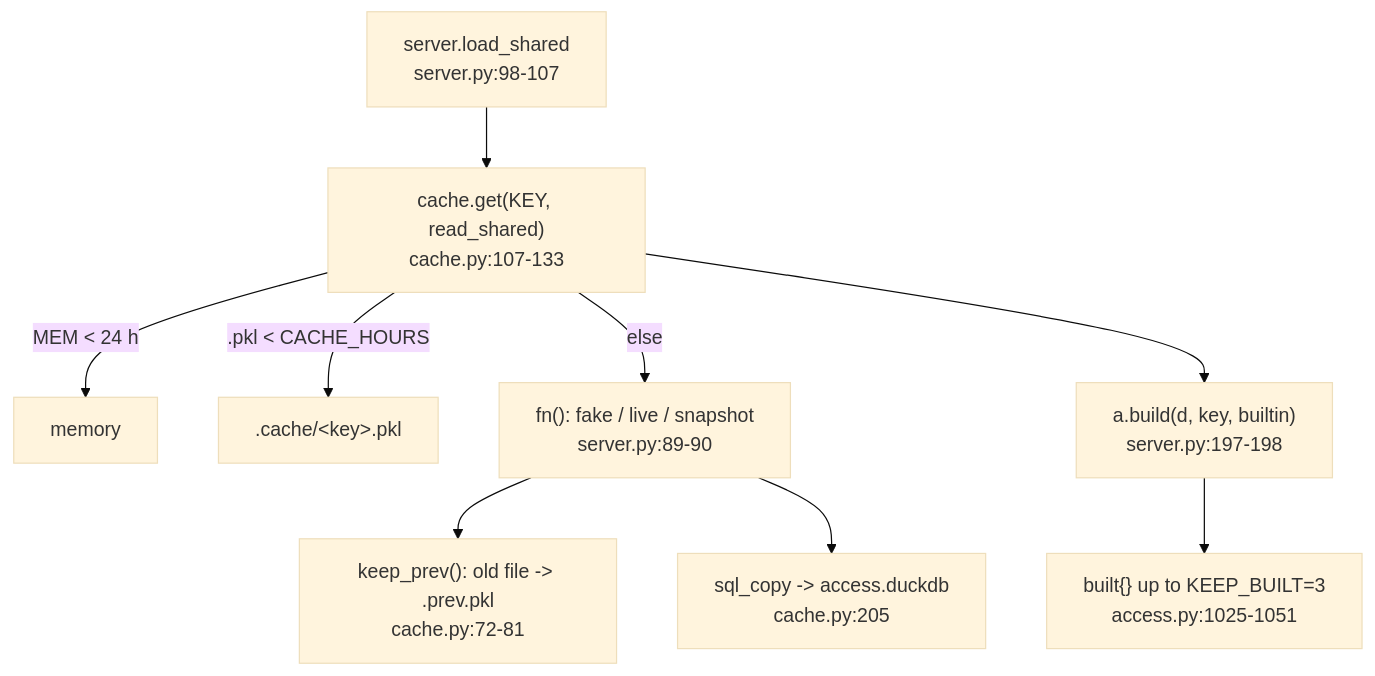
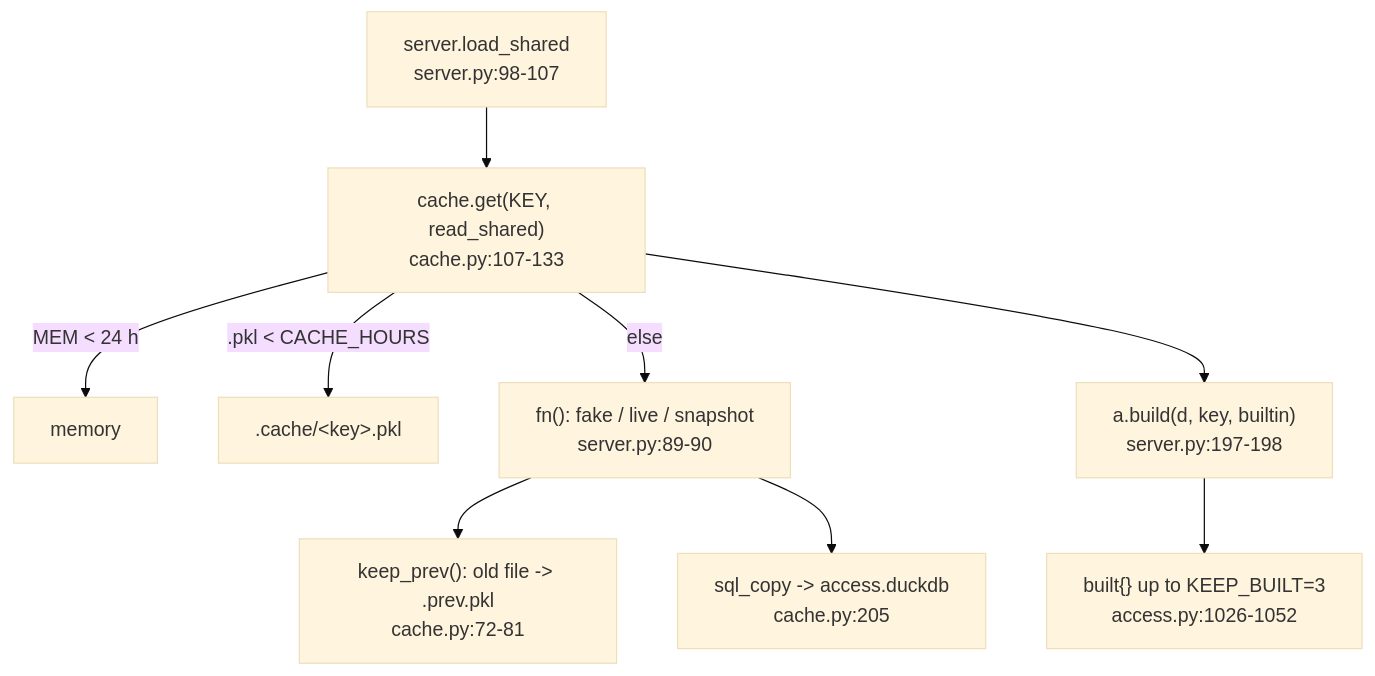
The diagram in snowflake-access-explorer-knowledge-graph/logic/caching.md (darshanmeel/snowflake-access-explorer), drawn with Mermaid (base theme) before and after one commit. The commit also changed other lines of this file and 67 other files, not shown here.

Commit message:
Knowledge graph: QUERY_TAG and STREAMLIT_APP settings, run_sql.py fallback, access.py line refs after 4386 corrected

````diff
--- a/snowflake-access-explorer-knowledge-graph/logic/caching.md
+++ b/snowflake-access-explorer-knowledge-graph/logic/caching.md
@@ -6,11 +6,11 @@
 ```mermaid
 flowchart TD
   LS["server.load_shared<br/>server.py:98-107"] --> G["cache.get(KEY, read_shared)<br/>cache.py:107-133"]
   G -->|"MEM < 24 h"| M[memory]
   G -->|".pkl < CACHE_HOURS"| P[".cache/&lt;key&gt;.pkl"]
   G -->|else| R["fn(): fake / live / snapshot<br/>server.py:89-90"]
   R --> KP["keep_prev(): old file -> .prev.pkl<br/>cache.py:72-81"]
   R --> SQ["sql_copy -> access.duckdb<br/>cache.py:205"]
   G --> B["a.build(d, key, builtin)<br/>server.py:197-198"]
-  B --> KB["built{} up to KEEP_BUILT=3<br/>access.py:1025-1051"]
+  B --> KB["built{} up to KEEP_BUILT=3<br/>access.py:1026-1052"]
 ```
````
